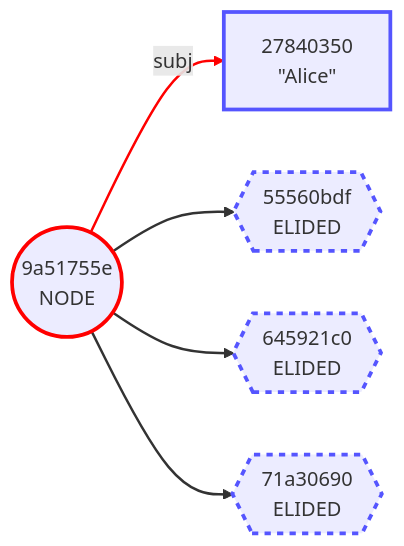
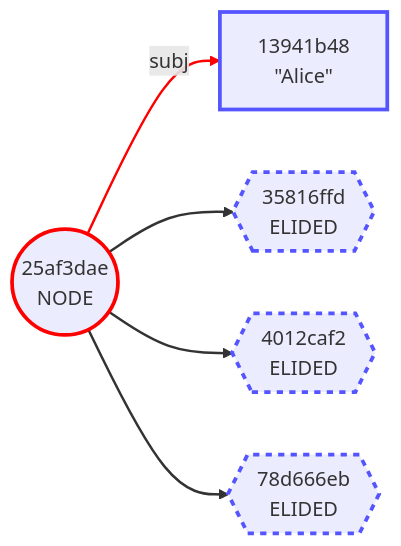
Diagram 13 of 26 in Envelope/OutputFormats.md (BlockchainCommons/Gordian), drawn with Mermaid before and after one commit. The commit also changed other lines of this file and 6 other files, not shown here.

````diff
--- a/Envelope/OutputFormats.md
+++ b/Envelope/OutputFormats.md
@@ -519,21 +579,21 @@
 ```mermaid
 graph LR
-    1(("9a51755e<br/>NODE"))
-    2["27840350<br/>#quot;Alice#quot;"]
-    3{{"55560bdf<br/>ELIDED"}}
-    4{{"645921c0<br/>ELIDED"}}
-    5{{"71a30690<br/>ELIDED"}}
+    1(("25af3dae<br/>NODE"))
+    2["13941b48<br/>#quot;Alice#quot;"]
+    3{{"35816ffd<br/>ELIDED"}}
+    4{{"4012caf2<br/>ELIDED"}}
+    5{{"78d666eb<br/>ELIDED"}}
     1 -->|subj| 2
     1 --> 3
     1 --> 4
     1 --> 5
     style 1 stroke:red,stroke-width:3.0px
     style 2 stroke:#55f,stroke-width:3.0px
     style 3 stroke:#55f,stroke-width:3.0px,stroke-dasharray:5.0 5.0
     style 4 stroke:#55f,stroke-width:3.0px,stroke-dasharray:5.0 5.0
     style 5 stroke:#55f,stroke-width:3.0px,stroke-dasharray:5.0 5.0
     linkStyle 0 stroke:red,stroke-width:2.0px
     linkStyle 1 stroke-width:2.0px
     linkStyle 2 stroke-width:2.0px
     linkStyle 3 stroke-width:2.0px
 ```
````
